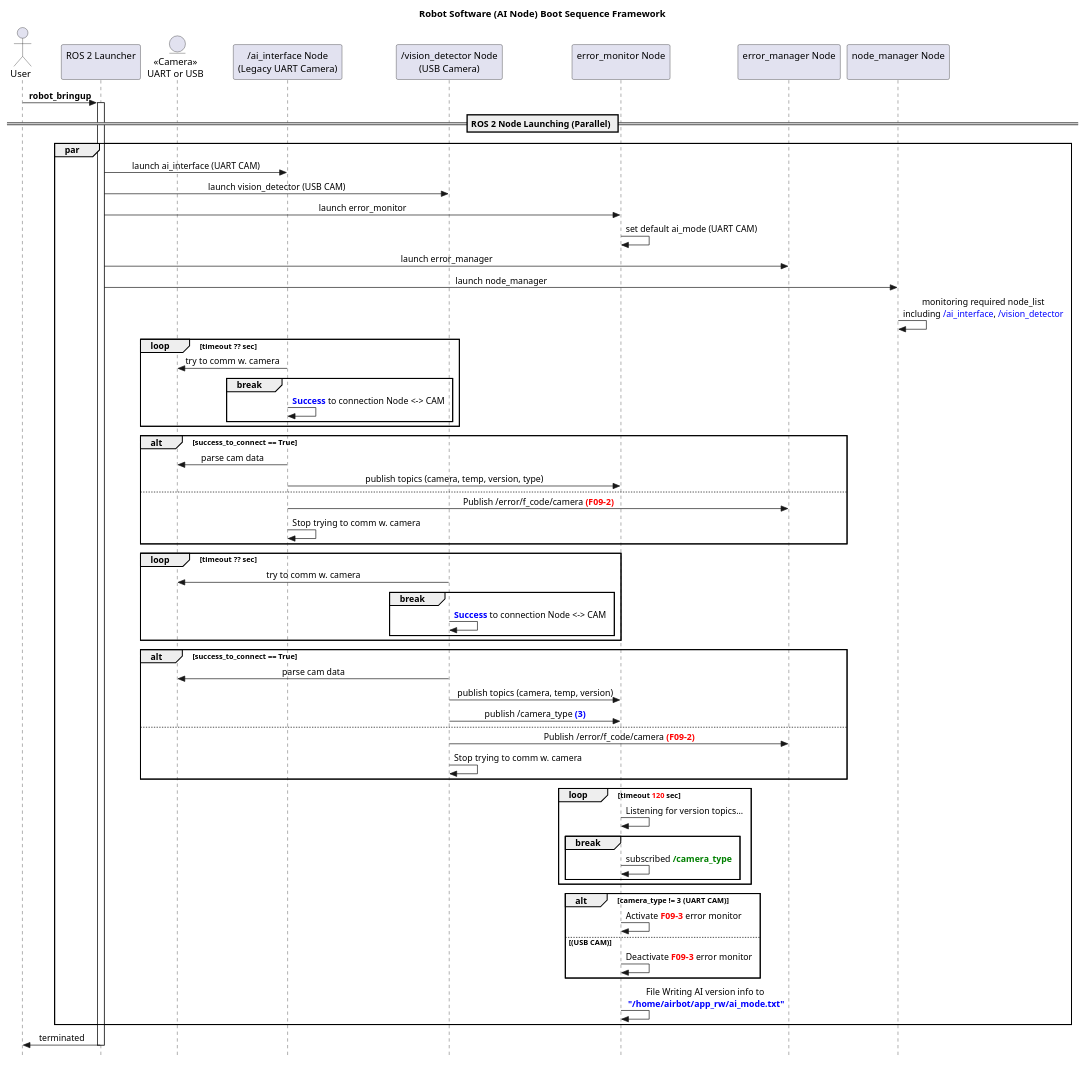
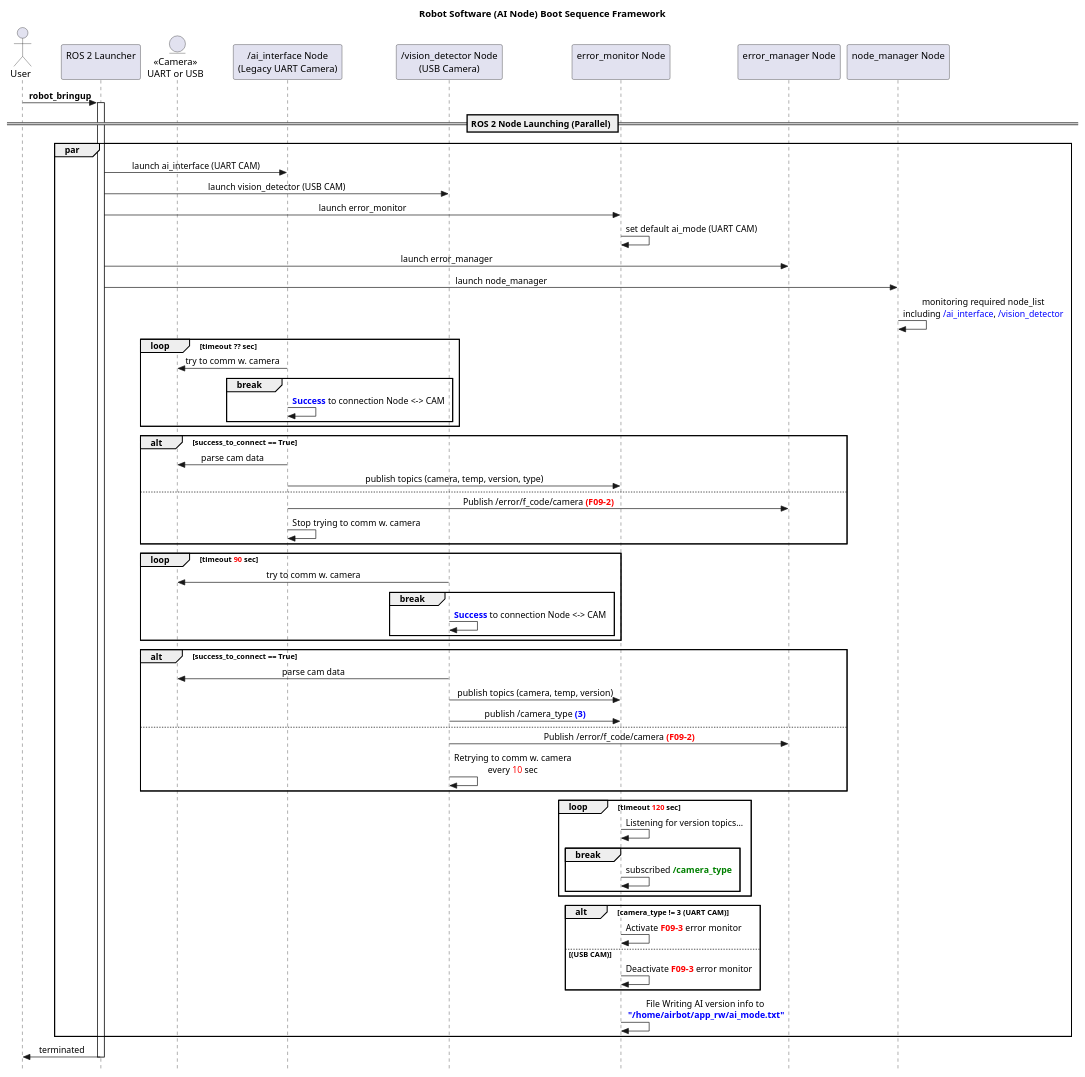
One commit to Hwan-Yeong/airbot_hyjoe_ws changed the diagram in docs/ap_ai_integration_booting_sequence_diagram_launch_sequence.puml. Above: the diagram before and after it, drawn with PlantUML. The commit also changed 1 other file, not shown here.

Commit message:
sequence diagram : vision detector 사양에 맞춰 수정

```diff
--- a/docs/ap_ai_integration_booting_sequence_diagram_launch_sequence.puml
+++ b/docs/ap_ai_integration_booting_sequence_diagram_launch_sequence.puml
@@ -1,126 +1,126 @@
 @startuml
 ' 스타일 설정: 가독성을 위해 테마를 살짝 입힙니다.
 skinparam Style strictuml
 skinparam SequenceMessageAlignment center
 skinparam DefaultFontName "Verdana"
 
 title Robot Software (AI Node) Boot Sequence Framework
 
 ' 참여 객체 정의 (Participants)
 actor "User" as User
 participant "ROS 2 Launcher\n" as Launch
 entity "<<Camera>>\nUART or USB" as Camera
 participant "/ai_interface Node\n(Legacy UART Camera)" as Node_uart_ai
 participant "/vision_detector Node\n(USB Camera)" as Node_vision_detector
 participant "error_monitor Node\n" as Node_error_monitor
 participant "error_manager Node\n" as Node_error_manager
 participant "node_manager Node\n" as Node_node_manager
 
 User -> Launch : **robot_bringup**
 activate Launch
   == ROS 2 Node Launching (Parallel) ==
   par
     ' initialize nodes
     Launch -> Node_uart_ai : launch ai_interface (UART CAM)
     Launch -> Node_vision_detector : launch vision_detector (USB CAM)
     Launch -> Node_error_monitor : launch error_monitor
     Node_error_monitor -> Node_error_monitor : set default ai_mode (UART CAM)
     Launch -> Node_error_manager : launch error_manager
 
     ' note right Node_node_manager #AntiqueWhite
     '   **[NOTE]**
     '   * Initialize error_monitor with default mode (UART CAM)
     ' end note
 
     Launch -> Node_node_manager : launch node_manager
     Node_node_manager -> Node_node_manager : monitoring required node_list\nincluding <color:blue>/ai_interface</color>, <color:blue>/vision_detector</color>
 
     ' note right Node_node_manager #AntiqueWhite
     '   **[NOTE]**
     '   * Initialize node_manager with default mode
     '     - Postpone AI node monitoring until the preferred mode is identified.
     ' end note
 
     ' note right Node_node_manager #AntiqueWhite
     '   **[NOTE]**
     '   * Trigger all nodes via initial Launcher
     ' end note
 
     ' Legacy UART CAM
     loop timeout ?? sec
       Node_uart_ai -> Camera : try to comm w. camera
       break
         Node_uart_ai -> Node_uart_ai : <color:blue>**Success**</color> to connection Node <-> CAM
       end
     end
 
     alt success_to_connect == True
       Node_uart_ai -> Camera : parse cam data
       Node_uart_ai -> Node_error_monitor : publish topics (camera, temp, version, type)
     else
       Node_uart_ai -> Node_error_manager : Publish /error/f_code/camera <color:red>**(F09-2)**</color> 
       Node_uart_ai -> Node_uart_ai : Stop trying to comm w. camera
     end
 
     ' note right Node_node_manager #LightCyan
     '   **[NOTE: UART (legacy)]**
     '   * //ai_interface// follows legacy behavior.
     '   * Topics (camera, temp, version) are published **only after** UART handshake.
     '   * Connection timeout: <color:red>90s</color> (Attempts stop after timeout).
     ' end note
 
     ' New USB CAM
-    loop timeout ?? sec
+    loop timeout <color:red>90</color> sec
       Node_vision_detector -> Camera : try to comm w. camera
       break
         Node_vision_detector -> Node_vision_detector : <color:blue>**Success**</color> to connection Node <-> CAM
       end
     end
 
     alt success_to_connect == True
       Node_vision_detector -> Camera : parse cam data
       Node_vision_detector -> Node_error_monitor : publish topics (camera, temp, version)
       Node_vision_detector -> Node_error_monitor : publish /camera_type <color:blue>**(3)**</color>
     else
       Node_vision_detector -> Node_error_manager : Publish /error/f_code/camera <color:red>**(F09-2)**</color>
-      Node_vision_detector -> Node_vision_detector : Stop trying to comm w. camera
+      Node_vision_detector -> Node_vision_detector : Retrying to comm w. camera\nevery <color:red>10</color> sec
     end
 
     ' note right Node_node_manager #LightCyan
     '   **[NOTE: USB (new)]**
     '   * if //vision_detector// logic differs from legacy, follow these specs:
     '     - **Default Version:** <color:green>"0.0" (Used as a 'Not Connected' flag).</color>
     '     - **Update Trigger:** Update AI Version immediately upon successful connection.
     '       (//error_monitor// treats "0.0" as a connection failure)
     '   * Connection timeout: <color:red>90s</color> (Attempts stop after timeout).
     ' end note
       
     ' Check Activating Nodes (Error Monitor / Node Manager)
     loop timeout <color:red>120</color> sec
       Node_error_monitor -> Node_error_monitor : Listening for version topics...
       break
         Node_error_monitor -> Node_error_monitor : subscribed <color:green>**/camera_type**</color>
       end
     end
 
     alt camera_type != 3 (UART CAM)
       Node_error_monitor -> Node_error_monitor : Activate <color:red>**F09-3**</color> error monitor
       ' Node_error_monitor -> Node_node_manager : publish **ai_mode** (UART)
     else (USB CAM)
       Node_error_monitor -> Node_error_monitor :Deactivate <color:red>**F09-3**</color> error monitor
       ' Node_error_monitor -> Node_node_manager : publish **ai_mode** (USB)
     end
 
     Node_error_monitor -> Node_error_monitor : File Writing AI version info to\n <color:blue>**"/home/airbot/app_rw/ai_mode.txt"**
     ' Node_node_manager -> Node_node_manager : update required node_list\naccording to **ai_mode**
 
     ' note right Node_node_manager #LightCyan
     '   **[NOTE: ERROR MONITOR / NODE MANAGER]**
     '   * Dynamically selects AI mode based on incoming metadata.
     '   * Updates error/node monitoring policies based on version info from nodes
     ' end note
   end
   Launch -> User : terminated
 deactivate Launch
 
 @enduml
```
